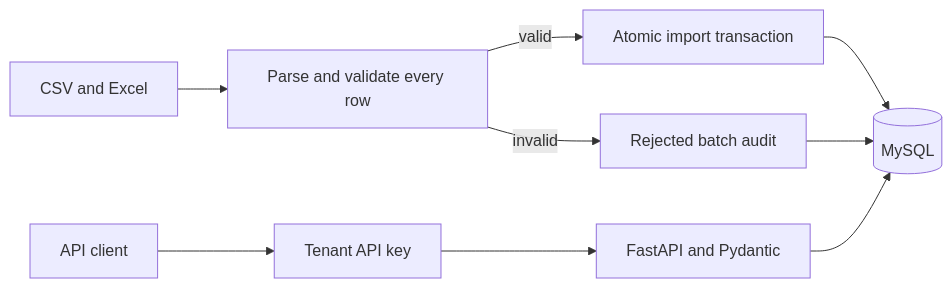
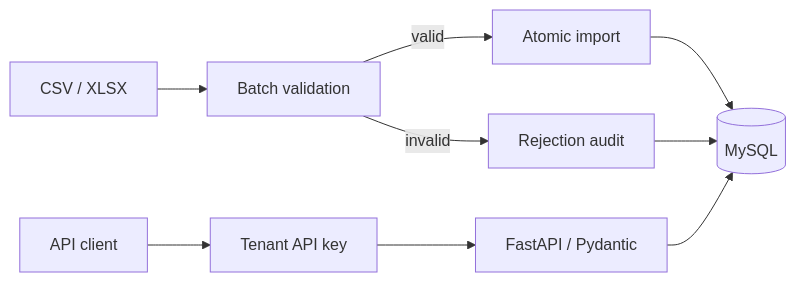
The diagram in docs/architecture.md (Clouddelta/runnerx-public), drawn with Mermaid before and after one commit. The commit also changed other lines of this file and 12 other files, not shown here.

````diff
--- a/docs/architecture.md
+++ b/docs/architecture.md
@@ -5,11 +5,11 @@
 ```mermaid
 flowchart LR
-    Excel[CSV and Excel] --> Validation[Parse and validate every row]
-    Validation -->|invalid| Audit[Rejected batch audit]
-    Validation -->|valid| Import[Atomic import transaction]
+    Files[CSV / XLSX] --> Validate[Batch validation]
+    Validate -->|invalid| Audit[Rejection audit]
+    Validate -->|valid| Import[Atomic import]
     Import --> DB[(MySQL)]
     Audit --> DB
     Client[API client] --> Auth[Tenant API key]
-    Auth --> API[FastAPI and Pydantic]
+    Auth --> API[FastAPI / Pydantic]
     API --> DB
 ```
````
